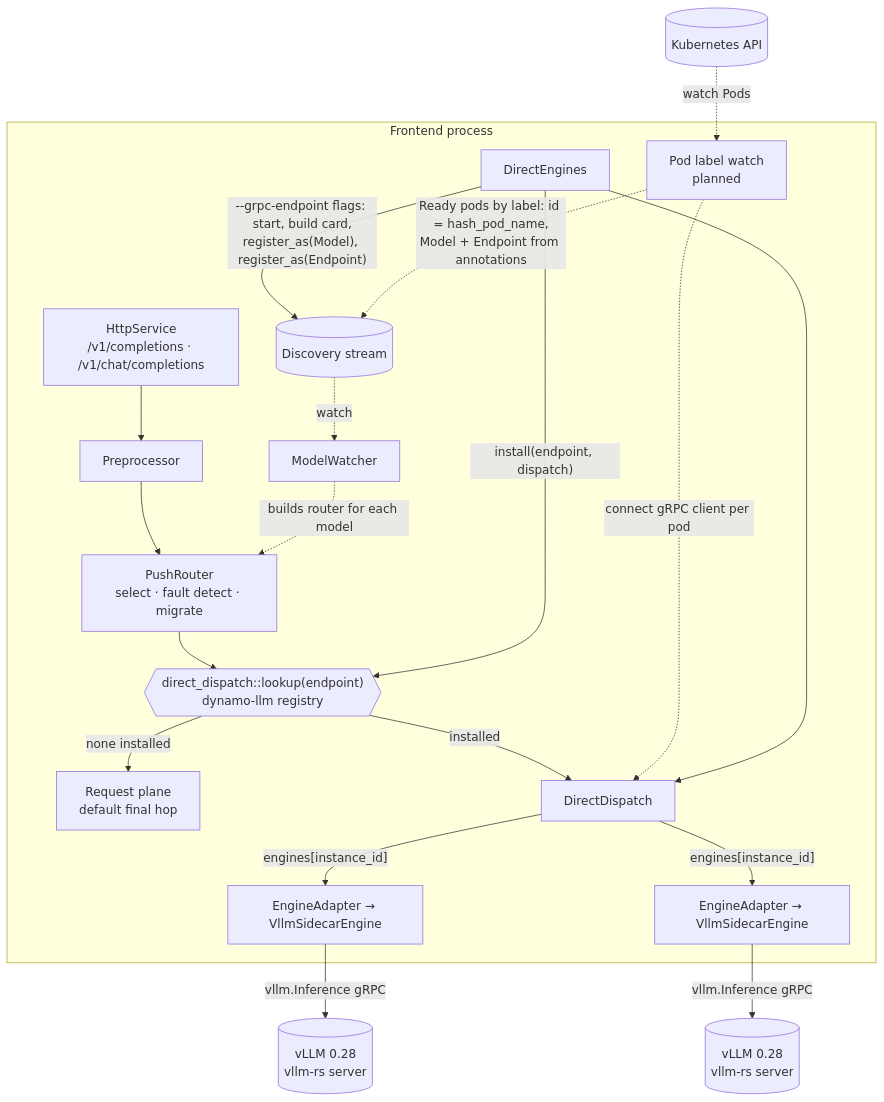
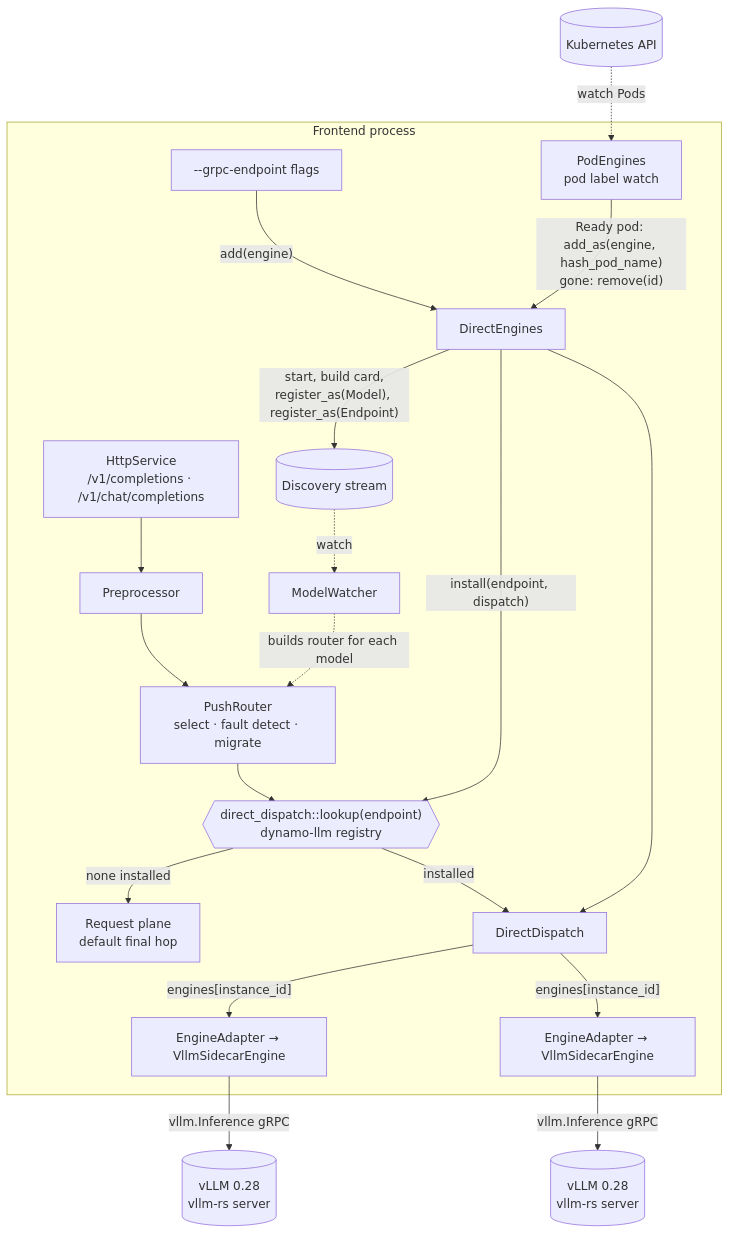
The third of 5 diagrams in lib/sidecar/vllm/DIRECT.md (nnshah1/dynamo), drawn with Mermaid before and after one commit. The commit also changed other lines of this file, not shown here.

Commit message:
docs(vllm-direct): pod label watch implemented, RBAC, cluster test record

````diff
--- a/lib/sidecar/vllm/DIRECT.md
+++ b/lib/sidecar/vllm/DIRECT.md
@@ -83,34 +97,34 @@
 ```mermaid
 flowchart TB
     subgraph process["Frontend process"]
         HTTP[HttpService<br/>/v1/completions · /v1/chat/completions]
         MW[ModelWatcher]
         PRE[Preprocessor]
         PR[PushRouter<br/>select · fault detect · migrate]
         HOOK{{"direct_dispatch::lookup(endpoint)<br/>dynamo-llm registry"}}
         RP[Request plane<br/>default final hop]
         DD[DirectDispatch]
         DE[DirectEngines]
         A1[EngineAdapter → VllmSidecarEngine]
         A2[EngineAdapter → VllmSidecarEngine]
         DISC[(Discovery stream)]
-        LW["Pod label watch<br/>planned"]
+        LW["PodEngines<br/>pod label watch"]
 
         HTTP --> PRE --> PR
         MW -. builds router for each model .-> PR
         PR --> HOOK
         HOOK -- none installed --> RP
         HOOK -- installed --> DD
         DD -- "engines[instance_id]" --> A1
         DD -- "engines[instance_id]" --> A2
-        DE -- "--grpc-endpoint flags: start, build card,<br/>register_as(Model), register_as(Endpoint)" --> DISC
-        LW -. "Ready pods by label: id = hash_pod_name,<br/>Model + Endpoint from annotations" .-> DISC
-        LW -. "connect gRPC client per pod" .-> DD
+        DE -- "start, build card,<br/>register_as(Model), register_as(Endpoint)" --> DISC
+        FLAGS["--grpc-endpoint flags"] -- "add(engine)" --> DE
+        LW -- "Ready pod: add_as(engine, hash_pod_name)<br/>gone: remove(id)" --> DE
         DE -- install(endpoint, dispatch) --> HOOK
         DE --> DD
         DISC -. watch .-> MW
     end
     A1 -- "vllm.Inference gRPC" --> V1[(vLLM 0.28<br/>vllm-rs server)]
     A2 -- "vllm.Inference gRPC" --> V2[(vLLM 0.28<br/>vllm-rs server)]
     K8S[(Kubernetes API)] -. "watch Pods" .-> LW
 ```
````
